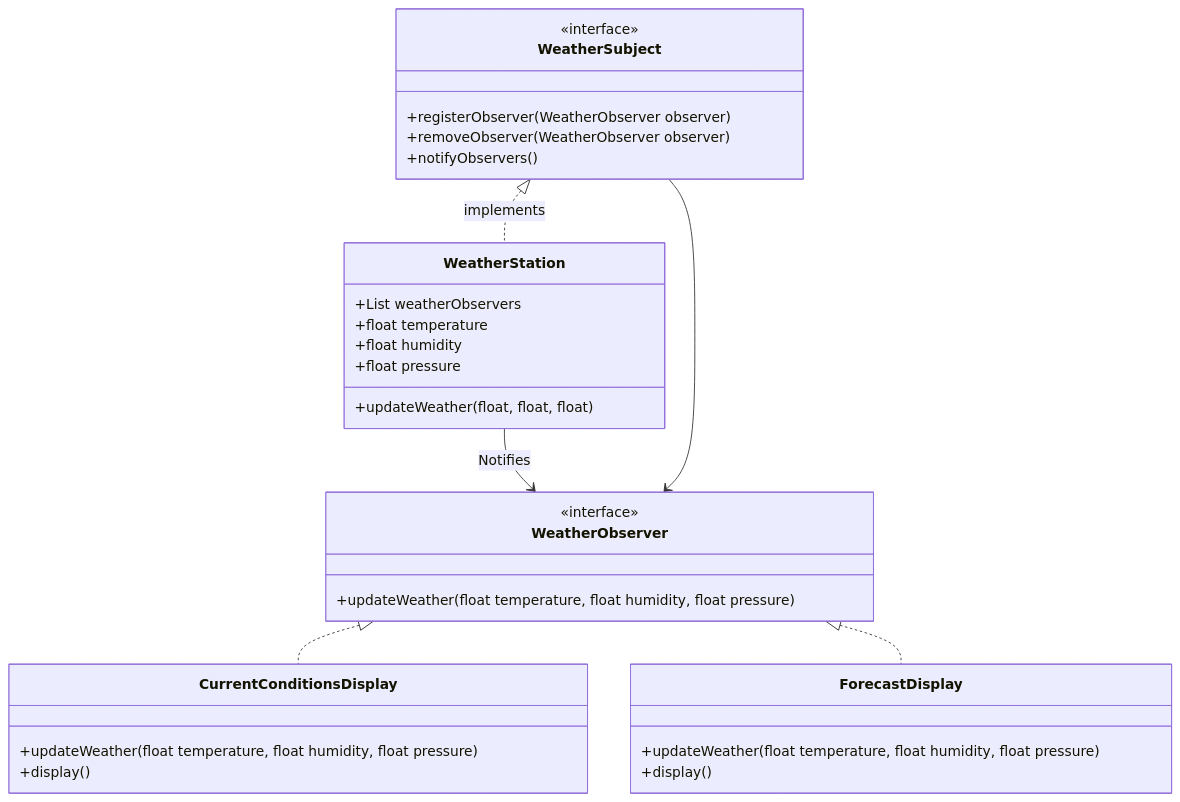
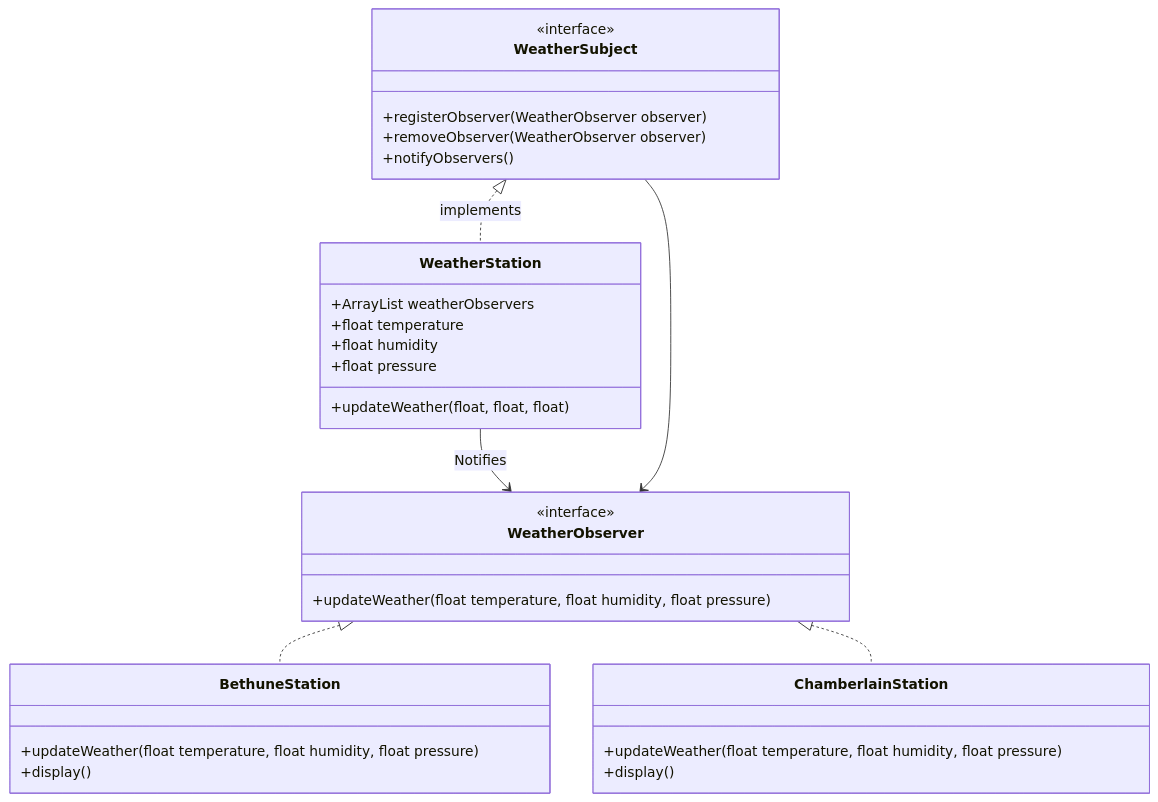
One commit to tdoug19/ENSE_370_Lab changed the diagram in Lab-5/ObserverDesignPattern.md. Above: the diagram before and after it, drawn with Mermaid. The commit also changed other lines of this file, not shown here.

Commit message:
Updating the java code from the Observer UML.  Almost done.

````diff
--- a/Lab-5/ObserverDesignPattern.md
+++ b/Lab-5/ObserverDesignPattern.md
@@ -29,39 +29,39 @@
 ```mermaid
 classDiagram 
     
     class WeatherSubject {
         <<interface>>
         +registerObserver(WeatherObserver observer)
         +removeObserver(WeatherObserver observer)
         +notifyObservers()
     }
 
     class WeatherObserver {
         <<interface>>
         +updateWeather(float temperature, float humidity, float pressure)
     }
 
     class WeatherStation {
-        +List<Observer> weatherObservers
+        +ArrayList<Observer> weatherObservers
         +float temperature
         +float humidity
         +float pressure
         +updateWeather(float, float, float)
     }
 
-    class CurrentConditionsDisplay {
+    class BethuneStation {
         +updateWeather(float temperature, float humidity, float pressure)
         +display()
     }
 
-    class ForecastDisplay {
+    class ChamberlainStation {
         +updateWeather(float temperature, float humidity, float pressure)
         +display()
     }
     WeatherObserver <-- WeatherSubject
     WeatherSubject <|.. WeatherStation : implements
-    WeatherObserver <|.. CurrentConditionsDisplay
-    WeatherObserver <|.. ForecastDisplay
+    WeatherObserver <|.. BethuneStation
+    WeatherObserver <|.. ChamberlainStation
     WeatherStation --> WeatherObserver : Notifies
 
 ```
````
